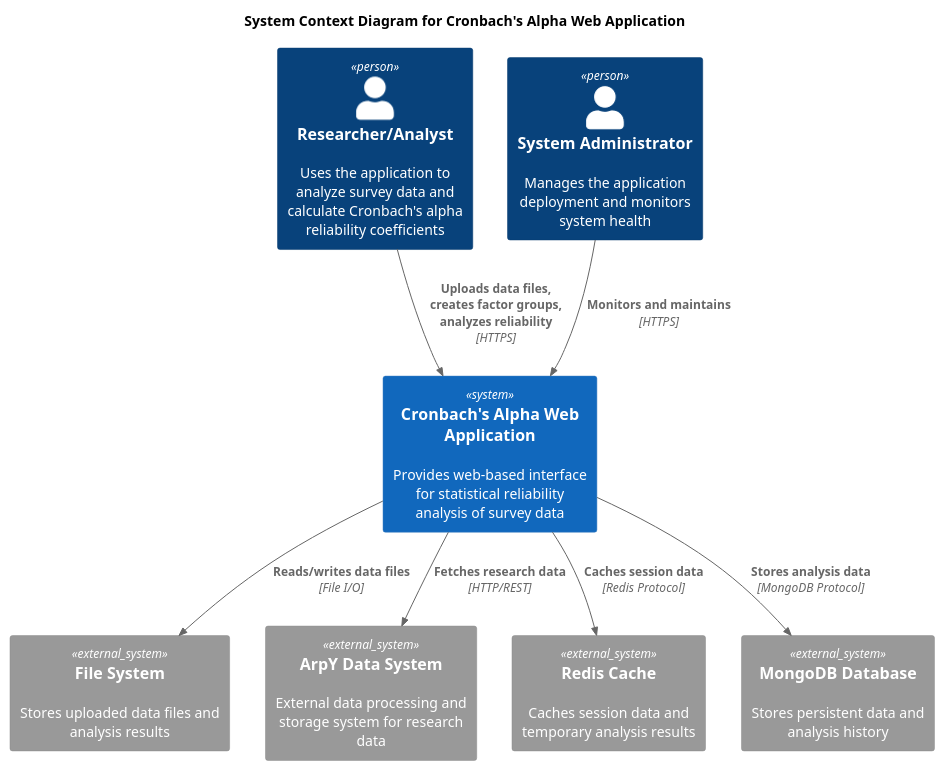
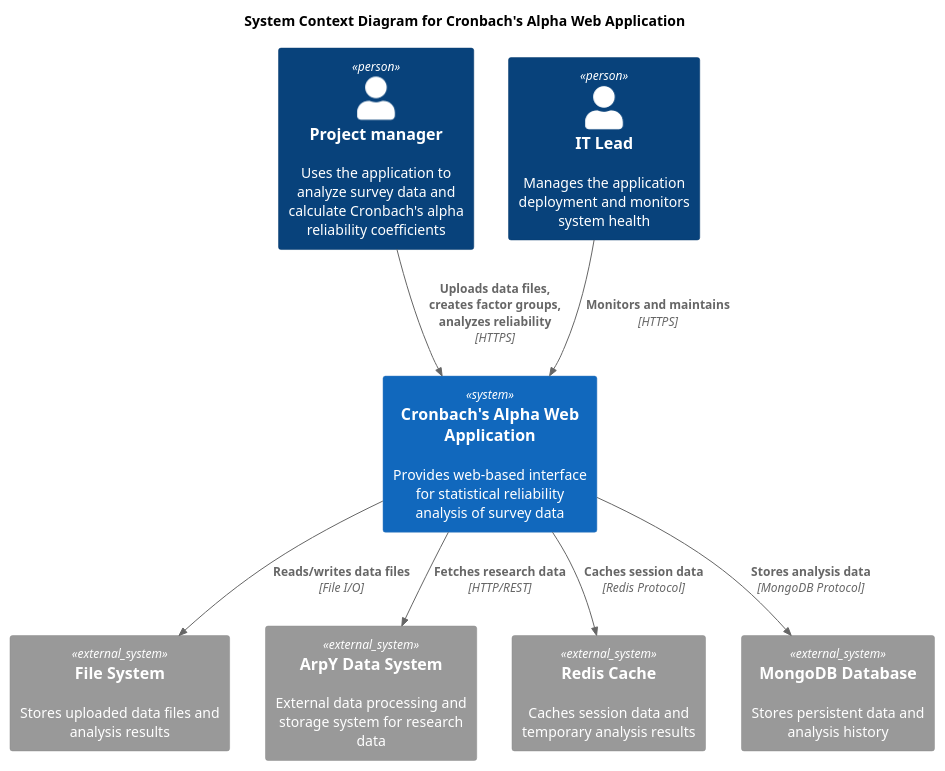
Before and after one commit to Lucas-vanerven/Internship-clone: the diagram in diagrams/c4-level1-context.puml, drawn with PlantUML. The commit also changed 25 other files, not shown here.

```diff
--- a/diagrams/c4-level1-context.puml
+++ b/diagrams/c4-level1-context.puml
@@ -1,23 +1,23 @@
 @startuml C4_Context
 !include https://raw.githubusercontent.com/plantuml-stdlib/C4-PlantUML/master/C4_Context.puml
 
 title System Context Diagram for Cronbach's Alpha Web Application
 
-Person(researcher, "Researcher/Analyst", "Uses the application to analyze survey data and calculate Cronbach's alpha reliability coefficients")
-Person(admin, "System Administrator", "Manages the application deployment and monitors system health")
+Person(researcher, "Project manager", "Uses the application to analyze survey data and calculate Cronbach's alpha reliability coefficients")
+Person(admin, "IT Lead", "Manages the application deployment and monitors system health")
 
 System(cronbach_app, "Cronbach's Alpha Web Application", "Provides web-based interface for statistical reliability analysis of survey data")
 
 System_Ext(file_system, "File System", "Stores uploaded data files and analysis results")
 System_Ext(arpy_system, "ArpY Data System", "External data processing and storage system for research data")
 System_Ext(redis, "Redis Cache", "Caches session data and temporary analysis results")
 System_Ext(mongodb, "MongoDB Database", "Stores persistent data and analysis history")
 
 Rel(researcher, cronbach_app, "Uploads data files, creates factor groups, analyzes reliability", "HTTPS")
 Rel(admin, cronbach_app, "Monitors and maintains", "HTTPS")
 Rel(cronbach_app, file_system, "Reads/writes data files", "File I/O")
 Rel(cronbach_app, arpy_system, "Fetches research data", "HTTP/REST")
 Rel(cronbach_app, redis, "Caches session data", "Redis Protocol")
 Rel(cronbach_app, mongodb, "Stores analysis data", "MongoDB Protocol")
 
 @enduml
```
